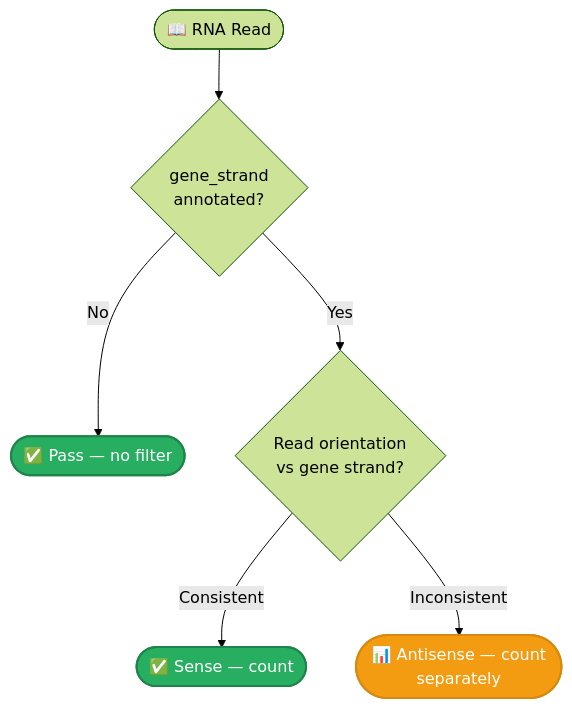
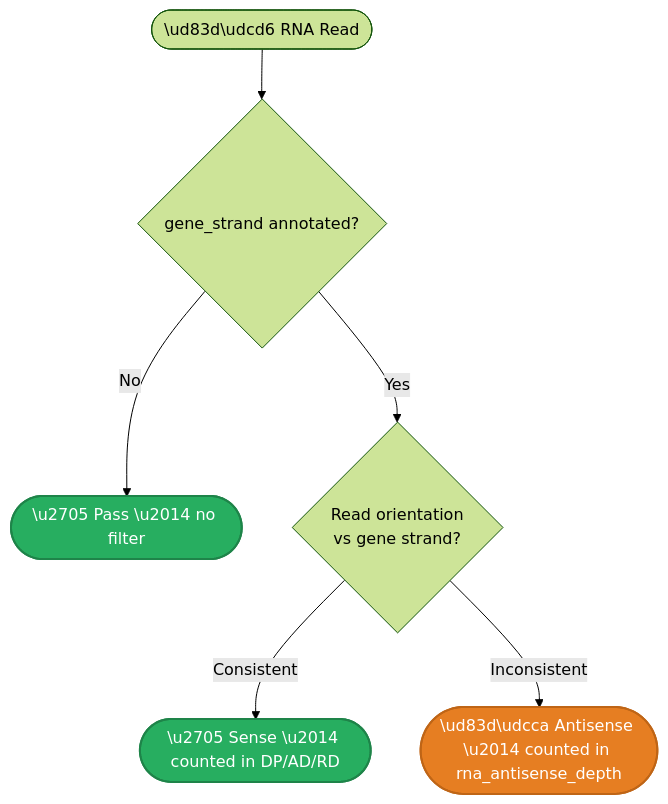
The second of 3 diagrams in docs/cli/rna.md (msk-access/gbcms), drawn with Mermaid (forest theme) before and after one commit. The commit also changed other lines of this file and 1 other file, not shown here.

Commit message:
docs: batch 4 mermaid diagram polish
- D5: Remove redundant 'When to Use' 2-branch flowchart from rna.md
  (table below it already covers all cases more clearly)
- D7: Strandedness filter — antisense node color changed from yellow to orange
  (consistent with 'transform/route' color semantics); added explicit output column
  label 'counted in rna_antisense_depth' on inconsistent edge
- D23: Remove 4-node linear left-alignment flowchart from variant-normalization.md
  (Input→Fetch→Align→Result adds nothing over surrounding prose + table)
- D25: Homopolymer detection — redesigned from 4 parallel AND-gate diamonds
  (each with own Skip exit) to clean linear chain C1→C2→C3→C4→Detected
  with single shared Skip terminal (flowchart LR)
- D26: Dual-counting diagram — adds explicit parallel fork node showing
  CountOrig and CountDecomp both receiving from 'Decomposition detected' input,
  adds classDef colors for warn/pass terminal nodes

````diff
--- a/docs/cli/rna.md
+++ b/docs/cli/rna.md
@@ -103,11 +94,11 @@
 ```mermaid
 flowchart TD
-    Read([📖 RNA Read]) --> HasGS{gene_strand\nannotated?}
-    HasGS -->|No| Pass([✅ Pass — no filter]):::pass
-    HasGS -->|Yes| Check{Read orientation\nvs gene strand?}
-    Check -->|Consistent| Sense([✅ Sense — count]):::pass
-    Check -->|Inconsistent| Anti([📊 Antisense — count\nseparately]):::anti
+    Read(["\ud83d\udcd6 RNA Read"]) --> HasGS{"gene_strand annotated?"}
+    HasGS -->|No| Pass(["\u2705 Pass \u2014 no filter"]):::pass
+    HasGS -->|Yes| Check{"Read orientation\nvs gene strand?"}
+    Check -->|"Consistent"| Sense(["\u2705 Sense \u2014 counted in DP/AD/RD"]):::pass
+    Check -->|"Inconsistent"| Anti(["\ud83d\udcca Antisense \u2014 counted in rna_antisense_depth"]):::anti
 
     classDef pass fill:#27ae60,color:#fff,stroke:#1e8449,stroke-width:2px;
-    classDef anti fill:#f39c12,color:#fff,stroke:#d68910,stroke-width:2px;
+    classDef anti fill:#e67e22,color:#fff,stroke:#bf6516,stroke-width:2px;
 ```
````
